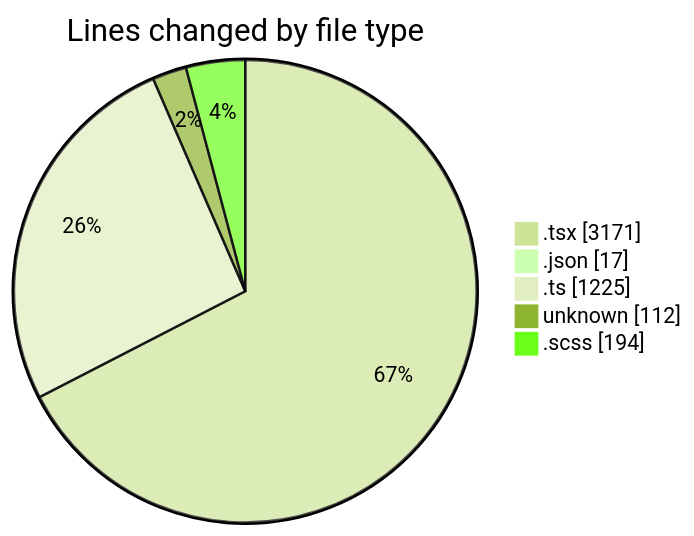
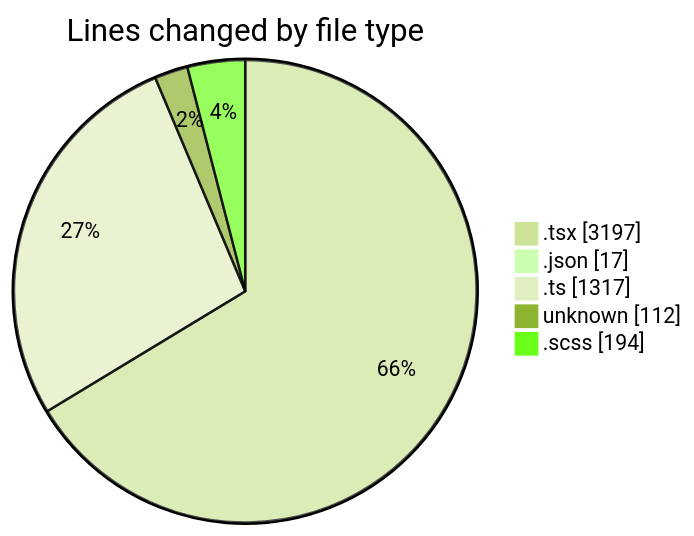
Before and after one commit to momahboobian/code-tracking: the first of 2 diagrams in 2026-04-30/cda/README.md, drawn with Mermaid (forest theme). The commit also changed other lines of this file and 1 other file, not shown here.

````diff
--- a/2026-04-30/cda/README.md
+++ b/2026-04-30/cda/README.md
@@ -58,9 +59,9 @@
 ```mermaid
 pie showData
 title Lines changed by file type
-".tsx" : 3171
+".tsx" : 3197
 ".json" : 17
-".ts" : 1225
+".ts" : 1317
 "unknown" : 112
 ".scss" : 194
 ```
````
